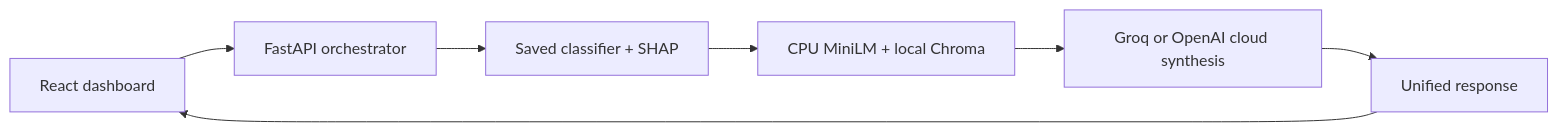
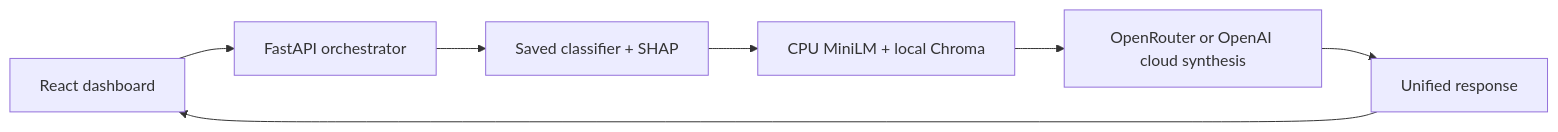
One commit to ClinAgent/ClinAgent changed the diagram in README.md. Above: the diagram before and after it, drawn with Mermaid. The commit also changed other lines of this file and 3 other files, not shown here.

Commit message:
feat(api): replace Groq with OpenRouter synthesis

````diff
--- a/README.md
+++ b/README.md
@@ -68,9 +71,9 @@
 ```mermaid
 flowchart LR
   UI[React dashboard] --> API[FastAPI orchestrator]
   API --> ML[Saved classifier + SHAP]
   ML --> RAG[CPU MiniLM + local Chroma]
-  RAG --> LLM[Groq or OpenAI cloud synthesis]
+  RAG --> LLM[OpenRouter or OpenAI cloud synthesis]
   LLM --> JSON[Unified response]
   JSON --> UI
 ```
````
